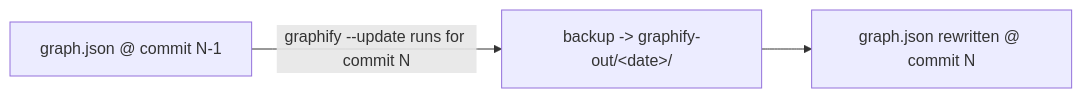
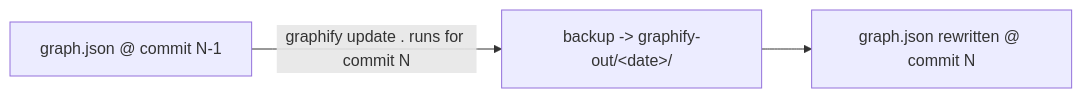
One commit to tareq89/biddaloy changed the diagram in graphify-out/README.md. Above: the diagram before and after it, drawn with Mermaid. The commit also changed other lines of this file and 1 other file, not shown here.

Commit message:
docs(graphify): use graphify update . consistently
graphify-out/README.md used graphify --update and AGENTS.md used
graphify . --update — two different forms of the same command, neither
matching CLAUDE.md's documented graphify update ..

Addresses PR #299 review feedback.

````diff
--- a/graphify-out/README.md
+++ b/graphify-out/README.md
@@ -16,5 +16,5 @@
 ```mermaid
 flowchart LR
-    A["graph.json @ commit N-1"] -- "graphify --update runs for commit N" --> B["backup -> graphify-out/&lt;date&gt;/"]
+    A["graph.json @ commit N-1"] -- "graphify update . runs for commit N" --> B["backup -> graphify-out/&lt;date&gt;/"]
     B --> C["graph.json rewritten @ commit N"]
 ```
````
